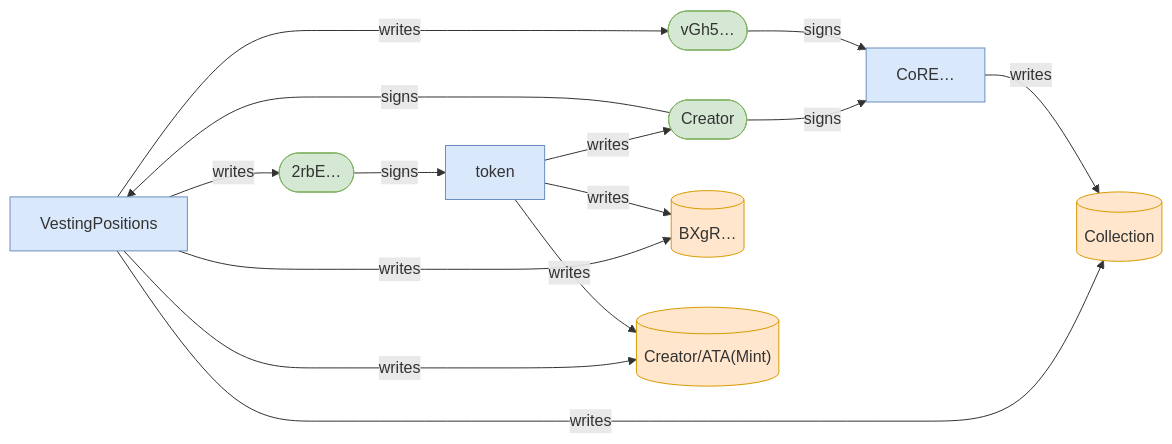
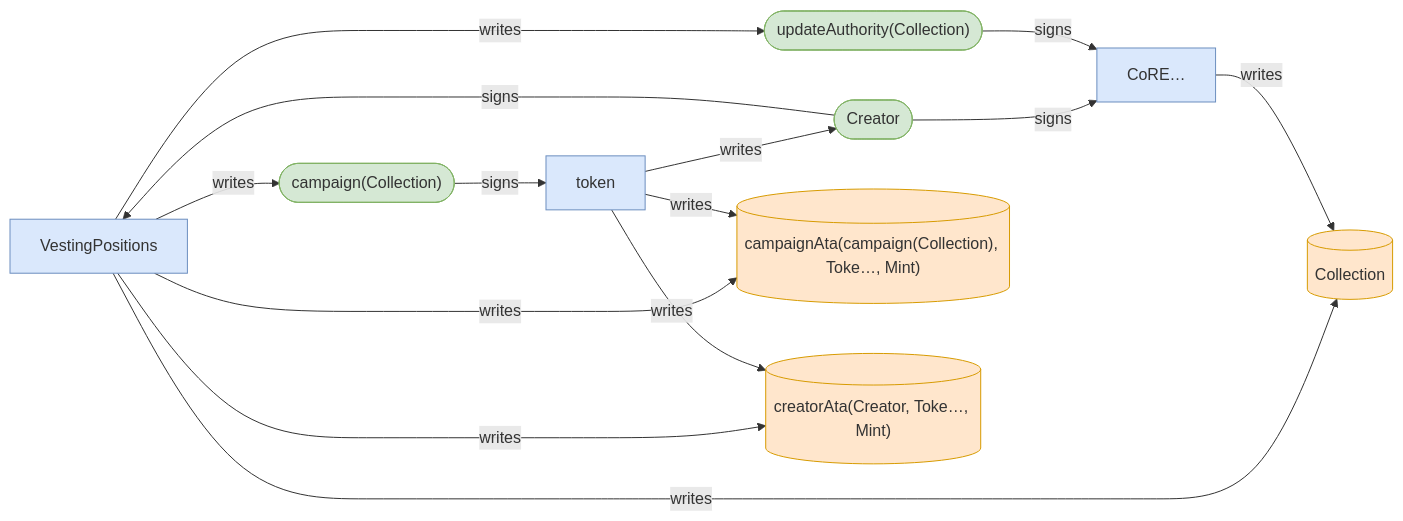
The fifth of 6 diagrams in babelfish-tests/test-report/cancel_campaign_returns_deposit_and_closes_accounts.md (cds-turbin3/vesting-position), drawn with Mermaid before and after one commit. The commit also changed other lines of this file and 51 other files, not shown here.

````diff
--- a/babelfish-tests/test-report/cancel_campaign_returns_deposit_and_closes_accounts.md
+++ b/babelfish-tests/test-report/cancel_campaign_returns_deposit_and_closes_accounts.md
@@ -234,28 +199,28 @@
 ```mermaid
 flowchart LR
     VestingPositions["VestingPositions"]:::program
     Creator(["Creator"]):::signer
-    2rbE(["2rbE…"]):::signer
+    campaignCollection(["campaign(Collection)"]):::signer
     Collection[("Collection")]:::state
-    vGh5(["vGh5…"]):::signer
-    BXgR[("BXgR…")]:::state
-    CreatorATAMint[("Creator/ATA(Mint)")]:::state
+    updateAuthorityCollection(["updateAuthority(Collection)"]):::signer
+    campaignAtacampaignCollectionTokeMint[("campaignAta(campaign(Collection), Toke…, Mint)")]:::state
+    creatorAtaCreatorTokeMint[("creatorAta(Creator, Toke…, Mint)")]:::state
     token["token"]:::program
     CoRE["CoRE…"]:::program
     Creator -->|signs| VestingPositions
-    VestingPositions -->|writes| 2rbE
+    VestingPositions -->|writes| campaignCollection
     VestingPositions -->|writes| Collection
-    VestingPositions -->|writes| vGh5
-    VestingPositions -->|writes| BXgR
-    VestingPositions -->|writes| CreatorATAMint
-    token -->|writes| BXgR
-    token -->|writes| CreatorATAMint
-    2rbE -->|signs| token
+    VestingPositions -->|writes| updateAuthorityCollection
+    VestingPositions -->|writes| campaignAtacampaignCollectionTokeMint
+    VestingPositions -->|writes| creatorAtaCreatorTokeMint
+    token -->|writes| campaignAtacampaignCollectionTokeMint
+    token -->|writes| creatorAtaCreatorTokeMint
+    campaignCollection -->|signs| token
     token -->|writes| Creator
     CoRE -->|writes| Collection
     Creator -->|signs| CoRE
-    vGh5 -->|signs| CoRE
+    updateAuthorityCollection -->|signs| CoRE
     classDef program fill:#dae8fc,stroke:#6c8ebf;
     classDef signer fill:#d5e8d4,stroke:#82b366;
     classDef state fill:#ffe6cc,stroke:#d79b00;
 ```
````
